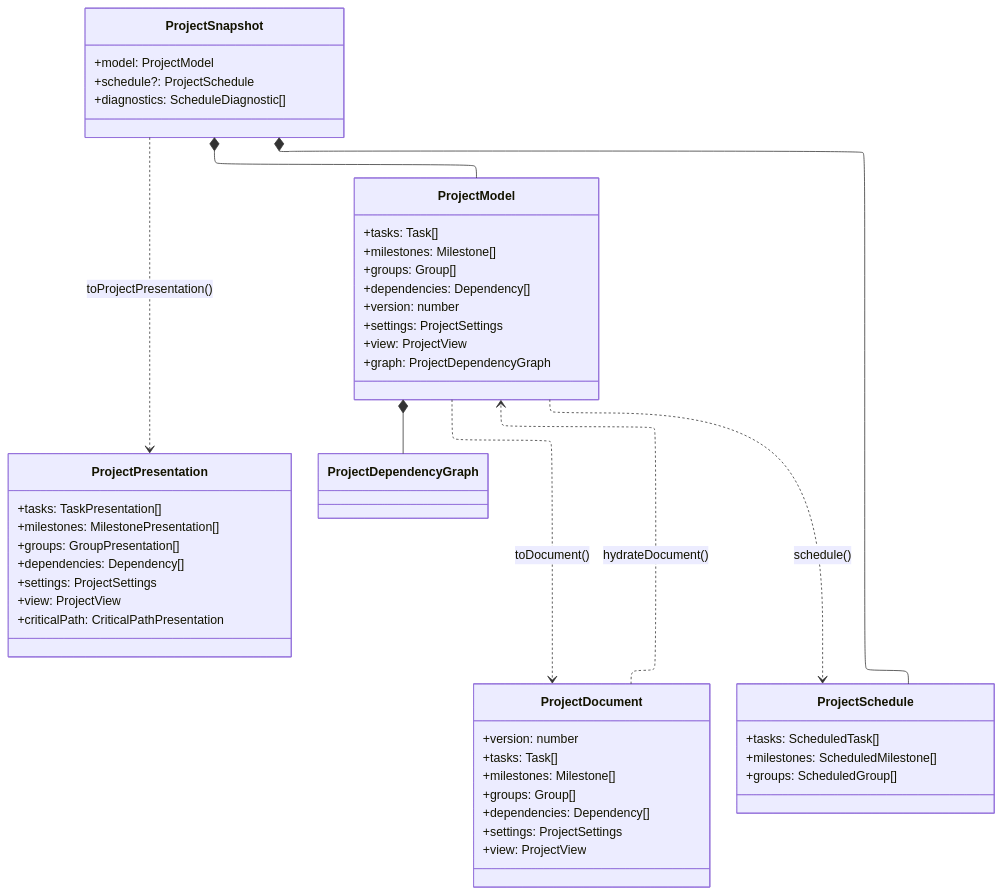
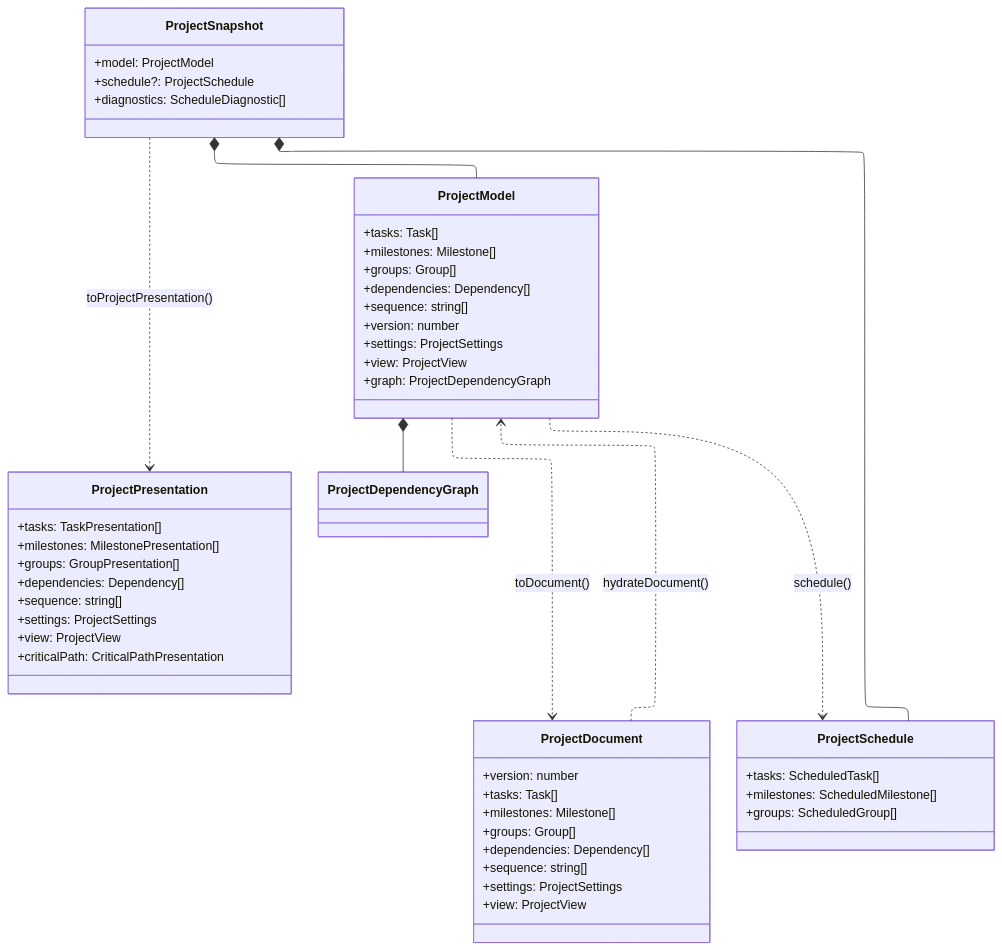
Before and after one commit to sergehas/ganttee: the sixth of 6 diagrams in docs/documentation/gantt-model-hydration.md, drawn with Mermaid. The commit also changed other lines of this file and 2 other files, not shown here.

Commit message:
feat(services): enhance sanitization to maintain sequence integrity

````diff
--- a/docs/documentation/gantt-model-hydration.md
+++ b/docs/documentation/gantt-model-hydration.md
@@ -241,59 +243,62 @@
 ```mermaid
 ---
 config:
   layout: elk
 ---
 classDiagram
     class ProjectDocument {
         +version: number
         +tasks: Task[]
         +milestones: Milestone[]
         +groups: Group[]
         +dependencies: Dependency[]
+        +sequence: string[]
         +settings: ProjectSettings
         +view: ProjectView
     }
 
     class ProjectModel {
         +tasks: Task[]
         +milestones: Milestone[]
         +groups: Group[]
         +dependencies: Dependency[]
+        +sequence: string[]
         +version: number
         +settings: ProjectSettings
         +view: ProjectView
         +graph: ProjectDependencyGraph
     }
 
     class ProjectSchedule {
         +tasks: ScheduledTask[]
         +milestones: ScheduledMilestone[]
         +groups: ScheduledGroup[]
     }
 
     class ProjectSnapshot {
         +model: ProjectModel
         +schedule?: ProjectSchedule
         +diagnostics: ScheduleDiagnostic[]
     }
 
     class ProjectPresentation {
         +tasks: TaskPresentation[]
         +milestones: MilestonePresentation[]
         +groups: GroupPresentation[]
         +dependencies: Dependency[]
+        +sequence: string[]
         +settings: ProjectSettings
         +view: ProjectView
         +criticalPath: CriticalPathPresentation
     }
 
     class ProjectDependencyGraph
 
     ProjectDocument ..> ProjectModel : hydrateDocument()
     ProjectModel ..> ProjectDocument : toDocument()
     ProjectModel ..> ProjectSchedule : schedule()
     ProjectSnapshot *-- ProjectModel
     ProjectSnapshot *-- ProjectSchedule
     ProjectSnapshot ..> ProjectPresentation : toProjectPresentation()
     ProjectModel *-- ProjectDependencyGraph
 ```
````
